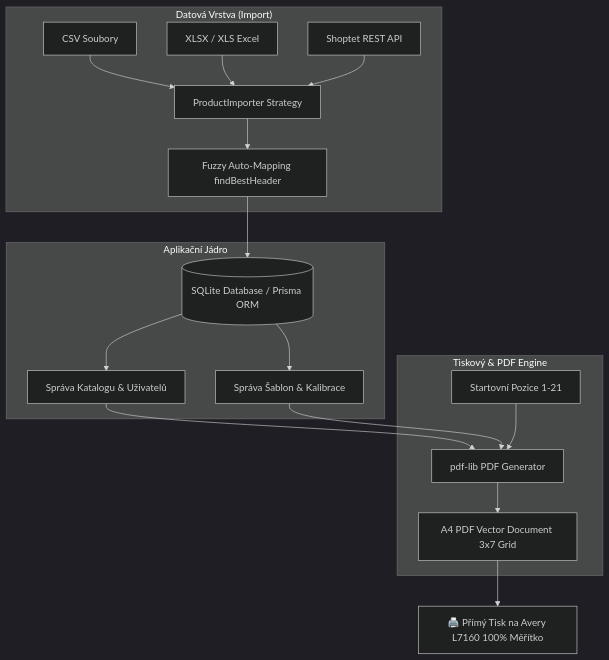
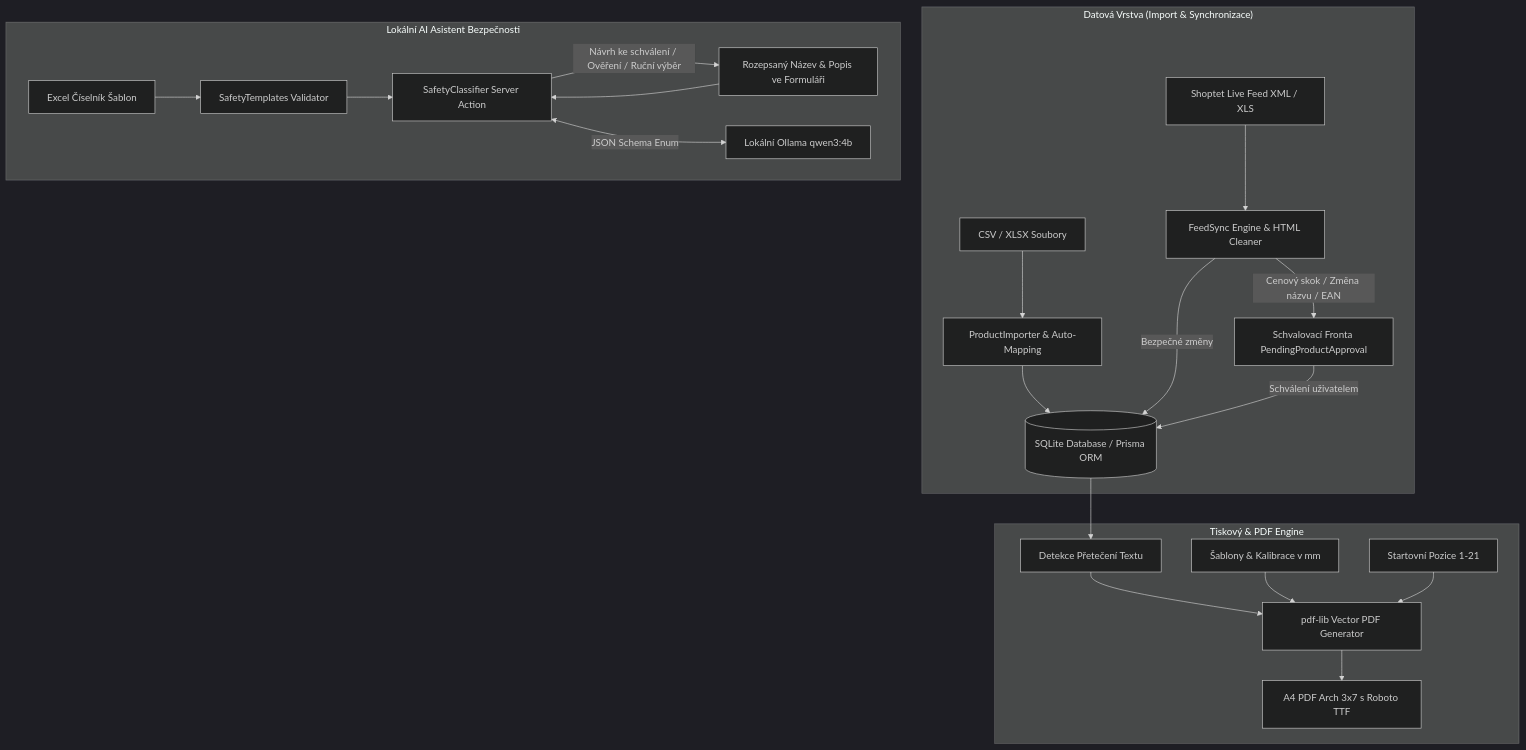
One commit to Matyharo/stitkovac changed the diagram in README.md. Above: the diagram before and after it, drawn with Mermaid (dark theme). The commit also changed other lines of this file and 22 other files, not shown here.

Commit message:
feat: add local Ollama safety assistant, product descriptions, PDF overflow detection, and updated docs

````diff
--- a/README.md
+++ b/README.md
@@ -48,24 +53,27 @@
 ```mermaid
 flowchart TD
-    subgraph ImportLayer ["Datová Vrstva (Import)"]
-        A1[CSV Soubory] --> IMP[ProductImporter Strategy]
-        A2[XLSX / XLS Excel] --> IMP
-        A3[Shoptet REST API] --> IMP
-        IMP --> HEUR[Fuzzy Auto-Mapping findBestHeader]
+    subgraph ImportLayer ["Datová Vrstva (Import & Synchronizace)"]
+        A1[CSV / XLSX Soubory] --> IMP[ProductImporter & Auto-Mapping]
+        A2[Shoptet Live Feed XML / XLS] --> SYNC[FeedSync Engine & HTML Cleaner]
+        IMP --> DB[(SQLite Database / Prisma ORM)]
+        SYNC -->|Bezpečné změny| DB
+        SYNC -->|Cenový skok / Změna názvu / EAN| QUEUE[Schvalovací Fronta PendingProductApproval]
+        QUEUE -->|Schválení uživatelem| DB
     end
 
-    subgraph CoreEngine ["Aplikační Jádro"]
-        HEUR --> DB[(SQLite Database / Prisma ORM)]
-        DB --> CAT[Správa Katalogu & Uživatelů]
-        DB --> TPL[Správa Šablon & Kalibrace]
+    subgraph SafetyAI ["Lokální AI Asistent Bezpečnosti"]
+        XLSX[Excel Číselník Šablon] --> CAT_LOADER[SafetyTemplates Validator]
+        FORM[Rozepsaný Název & Popis ve Formuláři] --> CLASSIFIER[SafetyClassifier Server Action]
+        CLASSIFIER <-->|JSON Schema Enum| OLLAMA[Lokální Ollama qwen3:4b]
+        CAT_LOADER --> CLASSIFIER
+        CLASSIFIER -->|Návrh ke schválení / Ověření / Ruční výběr| FORM
     end
 
     subgraph PDFEngine ["Tiskový & PDF Engine"]
-        CAT --> RENDER[pdf-lib PDF Generator]
-        TPL --> RENDER
+        DB --> OVERFLOW[Detekce Přetečení Textu]
+        OVERFLOW --> RENDER[pdf-lib Vector PDF Generator]
+        TPL[Šablony & Kalibrace v mm] --> RENDER
         POS[Startovní Pozice 1-21] --> RENDER
-        RENDER --> PDF[A4 PDF Vector Document 3x7 Grid]
+        RENDER --> PDF[A4 PDF Arch 3x7 s Roboto TTF]
     end
-
-    PDF --> PRINT[🖨️ Přímý Tisk na Avery L7160 100% Měřítko]
 ```
````
